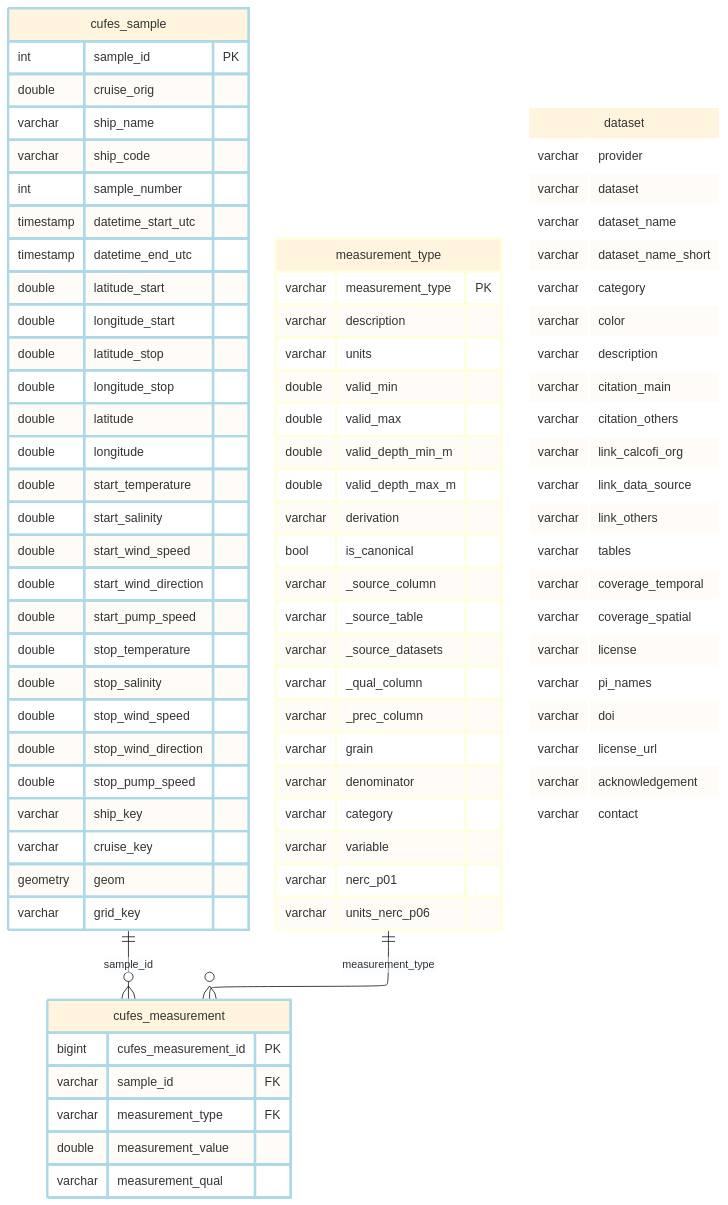
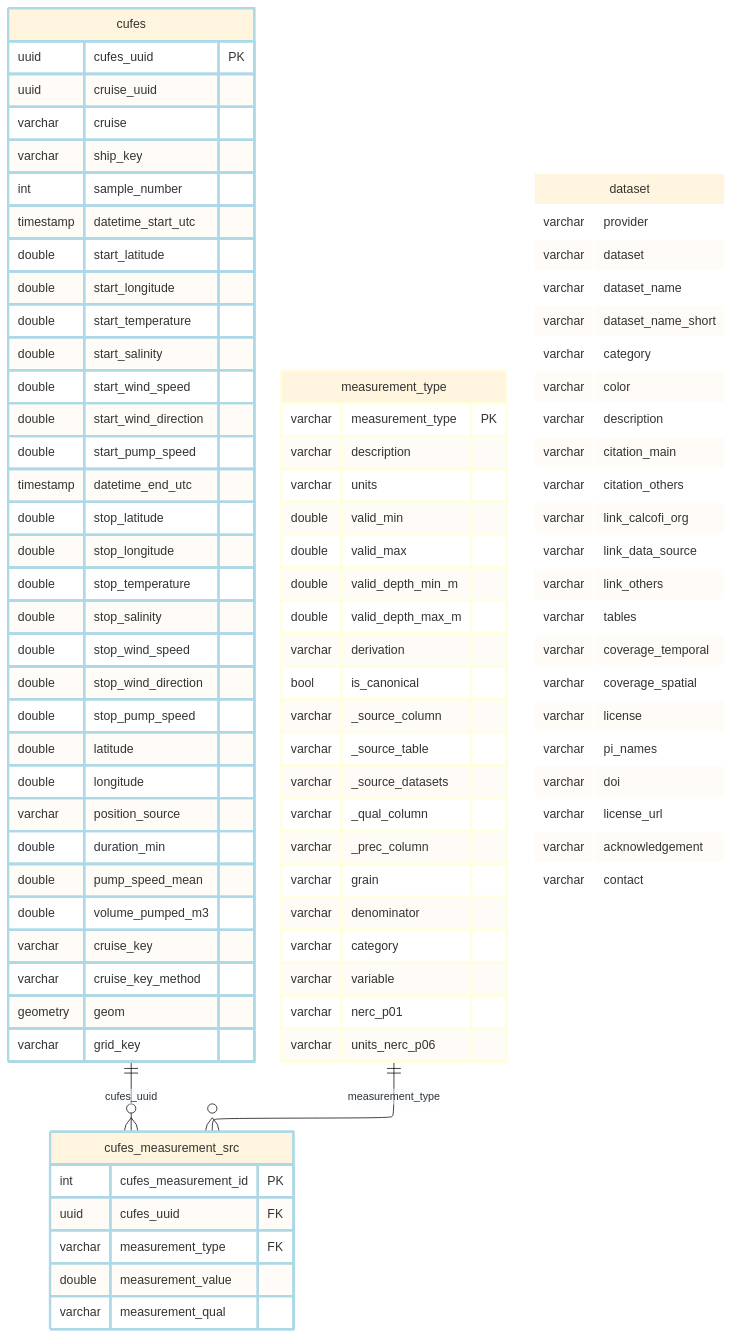
One commit to CalCOFI/workflows changed the diagram in _output/ingest_swfsc_cufes_files/figure-html/finalize-1.mmd. Above: the diagram before and after it, drawn with Mermaid (base theme). The commit also changed 164 other files, not shown here.

```diff
--- a/_output/ingest_swfsc_cufes_files/figure-html/finalize-1.mmd
+++ b/_output/ingest_swfsc_cufes_files/figure-html/finalize-1.mmd
@@ -1,94 +1,98 @@
 ---
 config:
   layout: elk
 ---
 erDiagram
-    cufes_sample {
-        int sample_id PK
-        double cruise_orig
-        varchar ship_name
-        varchar ship_code
+    cufes {
+        uuid cufes_uuid PK
+        uuid cruise_uuid
+        varchar cruise
+        varchar ship_key
         int sample_number
         timestamp datetime_start_utc
-        timestamp datetime_end_utc
-        double latitude_start
-        double longitude_start
-        double latitude_stop
-        double longitude_stop
-        double latitude
-        double longitude
+        double start_latitude
+        double start_longitude
         double start_temperature
         double start_salinity
         double start_wind_speed
         double start_wind_direction
         double start_pump_speed
+        timestamp datetime_end_utc
+        double stop_latitude
+        double stop_longitude
         double stop_temperature
         double stop_salinity
         double stop_wind_speed
         double stop_wind_direction
         double stop_pump_speed
-        varchar ship_key
+        double latitude
+        double longitude
+        varchar position_source
+        double duration_min
+        double pump_speed_mean
+        double volume_pumped_m3
         varchar cruise_key
+        varchar cruise_key_method
         geometry geom
         varchar grid_key
     }
-    cufes_measurement {
-        bigint cufes_measurement_id PK
-        varchar sample_id FK
+    cufes_measurement_src {
+        int cufes_measurement_id PK
+        uuid cufes_uuid FK
         varchar measurement_type FK
         double measurement_value
         varchar measurement_qual
     }
     measurement_type {
         varchar measurement_type PK
         varchar description
         varchar units
         double valid_min
         double valid_max
         double valid_depth_min_m
         double valid_depth_max_m
         varchar derivation
         bool is_canonical
         varchar _source_column
         varchar _source_table
         varchar _source_datasets
         varchar _qual_column
         varchar _prec_column
         varchar grain
         varchar denominator
         varchar category
         varchar variable
         varchar nerc_p01
         varchar units_nerc_p06
     }
     dataset {
         varchar provider
         varchar dataset
         varchar dataset_name
         varchar dataset_name_short
         varchar category
         varchar color
         varchar description
         varchar citation_main
         varchar citation_others
         varchar link_calcofi_org
         varchar link_data_source
         varchar link_others
         varchar tables
         varchar coverage_temporal
         varchar coverage_spatial
         varchar license
         varchar pi_names
         varchar doi
         varchar license_url
         varchar acknowledgement
         varchar contact
     }
-    cufes_sample ||--o{ cufes_measurement : "sample_id"
-    measurement_type ||--o{ cufes_measurement : "measurement_type"
+    cufes ||--o{ cufes_measurement_src : "cufes_uuid"
+    measurement_type ||--o{ cufes_measurement_src : "measurement_type"
     classDef lightblue stroke:#ADD8E6,stroke-width:3px
-    class cufes_sample,cufes_measurement lightblue
+    class cufes,cufes_measurement_src lightblue
     classDef lightyellow stroke:#FFFFE0,stroke-width:3px
     class measurement_type lightyellow
     classDef white stroke:#FFFFFF,stroke-width:3px
     class dataset white
```
